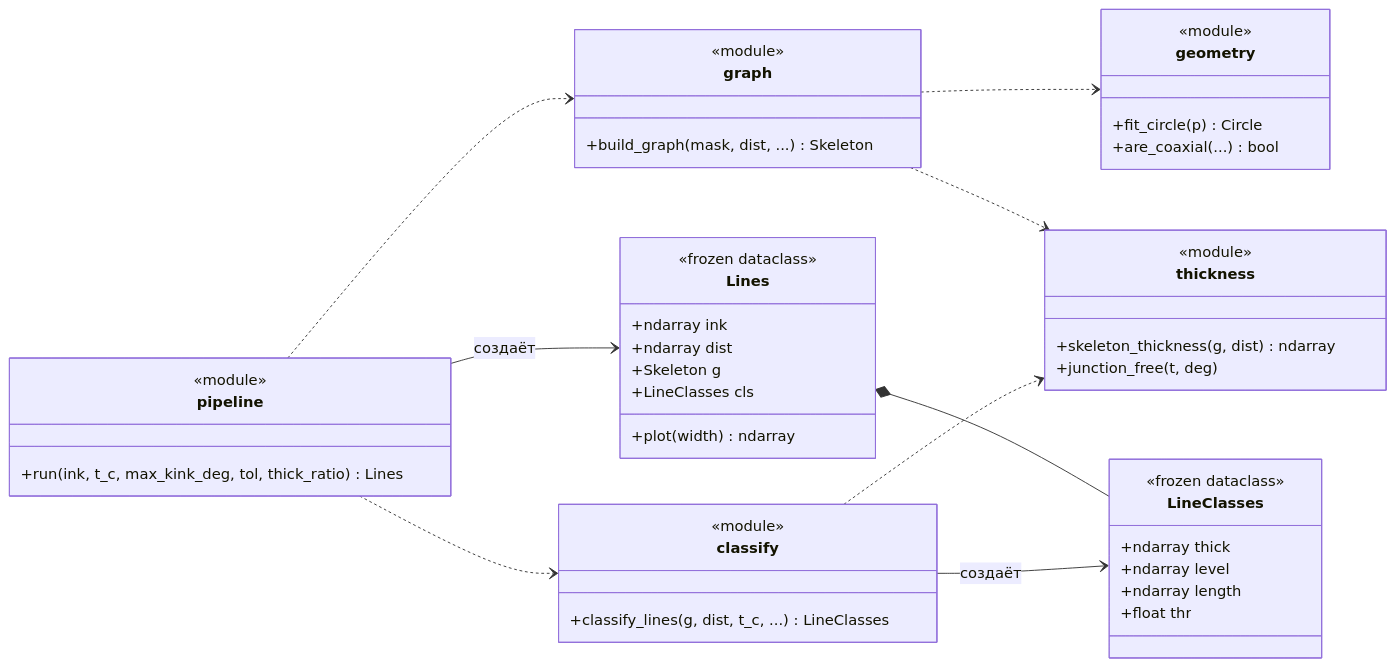
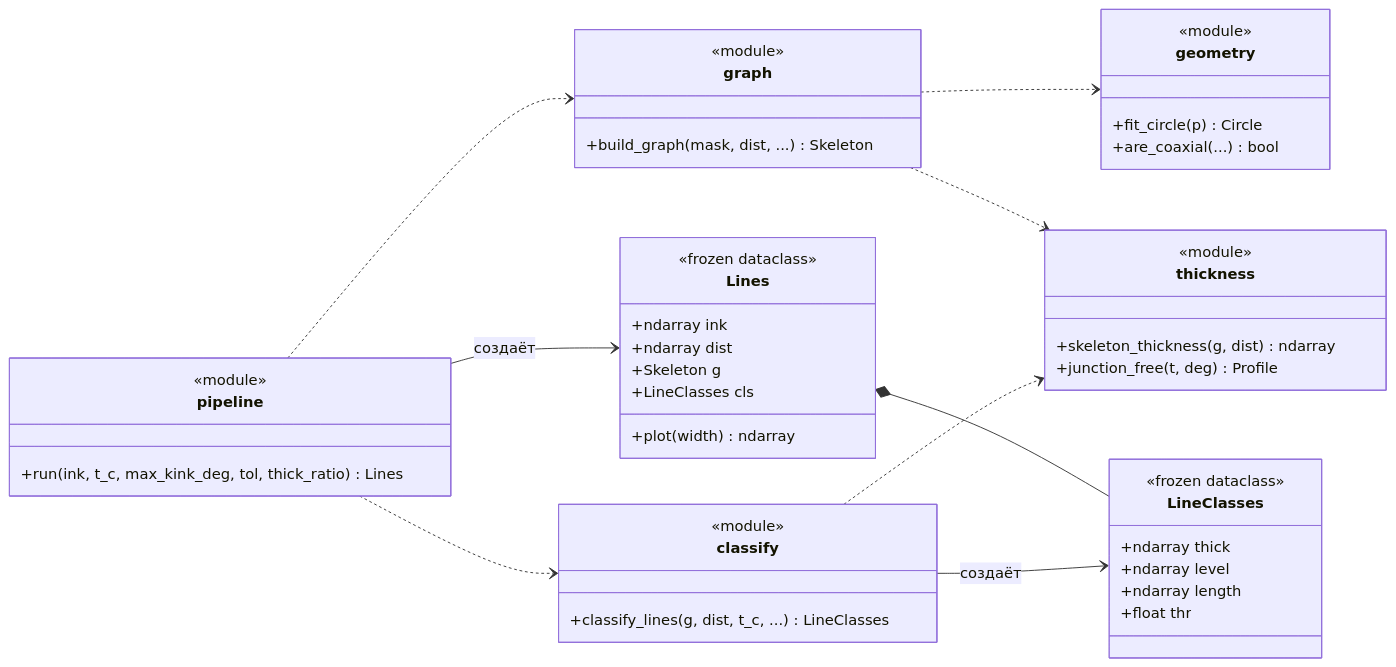
The first of 3 diagrams in docs/architecture/modules/thick_lines.md (SergeyKrasnoslobodtsev/draftslice), drawn with Mermaid before and after one commit.

Commit message:
refact: обновлено описание возвращаемого типа в функции junction_free для улучшения ясности

````diff
--- a/docs/architecture/modules/thick_lines.md
+++ b/docs/architecture/modules/thick_lines.md
@@ -19,49 +19,49 @@
 ```mermaid
 classDiagram
     direction LR
     class pipeline {
         <<module>>
         +run(ink, t_c, max_kink_deg, tol, thick_ratio) Lines
     }
     class Lines {
         <<frozen dataclass>>
         +ndarray ink
         +ndarray dist
         +Skeleton g
         +LineClasses cls
         +plot(width) ndarray
     }
     class graph {
         <<module>>
         +build_graph(mask, dist, ...) Skeleton
     }
     class classify {
         <<module>>
         +classify_lines(g, dist, t_c, ...) LineClasses
     }
     class LineClasses {
         <<frozen dataclass>>
         +ndarray thick
         +ndarray level
         +ndarray length
         +float thr
     }
     class geometry {
         <<module>>
         +fit_circle(p) Circle
         +are_coaxial(...) bool
     }
     class thickness {
         <<module>>
         +skeleton_thickness(g, dist) ndarray
-        +junction_free(t, deg)
+        +junction_free(t, deg) Profile
     }
     pipeline ..> graph
     pipeline ..> classify
     pipeline --> Lines : создаёт
     Lines *-- LineClasses
     classify --> LineClasses : создаёт
     graph ..> geometry
     graph ..> thickness
     classify ..> thickness
 ```
````
